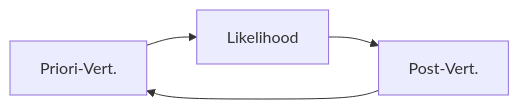
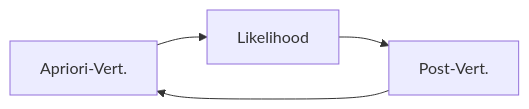
The first of 2 diagrams in 0500-Globusversuch.qmd (sebastiansauer/start-bayes), drawn with Mermaid before and after one commit. The commit also changed other lines of this file and 19 other files, not shown here.

````diff
--- a/0500-Globusversuch.qmd
+++ b/0500-Globusversuch.qmd
@@ -279,6 +281,6 @@
 ```{mermaid}
 %%| fig-cap: Updating mit Bayes
 %%| label: fig-bayes-update
 graph LR
-A[Priori-Vert.]-->B[Likelihood]-->C[Post-Vert.]-->A
+A[Apriori-Vert.]-->B[Likelihood]-->C[Post-Vert.]-->A
 ```
````
